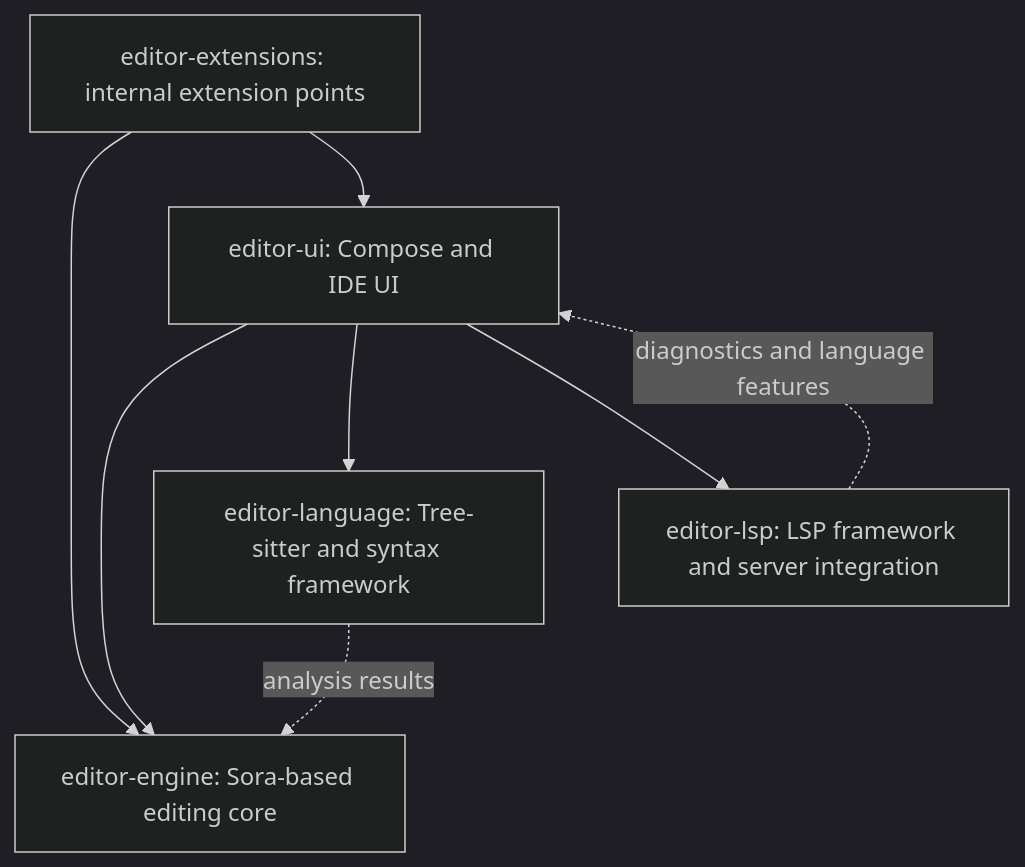
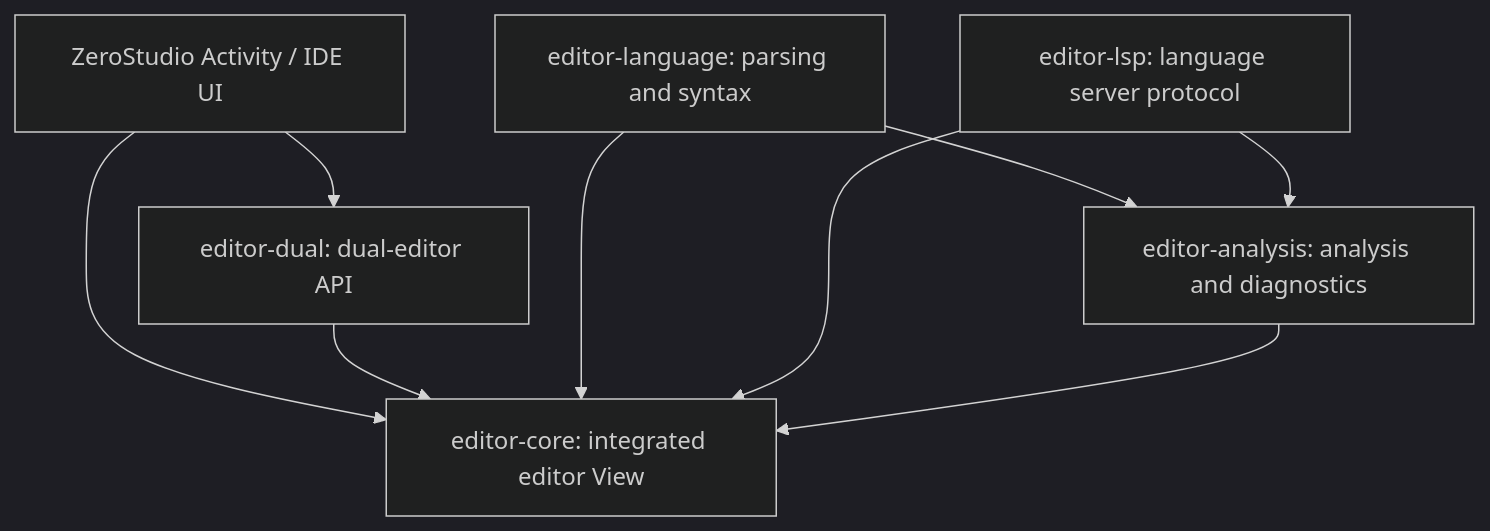
Before and after one commit to msmt2018/ZeroStudio: the diagram in editor-core/ARCHITECTURE.md, drawn with Mermaid (dark theme). The commit also changed other lines of this file, not shown here.

Commit message:
Update editor-core architecture: five focused modules

````diff
--- a/editor-core/ARCHITECTURE.md
+++ b/editor-core/ARCHITECTURE.md
@@ -11,15 +9,11 @@
 ```mermaid
 flowchart TD
-  UI[editor-ui: Compose and IDE UI]
-  ENG[editor-engine: Sora-based editing core]
-  LANG[editor-language: Tree-sitter and syntax framework]
-  LSP[editor-lsp: LSP framework and server integration]
-  EXT[editor-extensions: internal extension points]
-  UI --> ENG
-  UI --> LANG
-  UI --> LSP
-  EXT --> ENG
-  EXT --> UI
-  LANG -. analysis results .-> ENG
-  LSP -. diagnostics and language features .-> UI
+  ACT[ZeroStudio Activity / IDE UI] --> CORE[editor-core: integrated editor View]
+  ACT --> DUAL[editor-dual: dual-editor API]
+  DUAL --> CORE
+  LANG[editor-language: parsing and syntax] --> CORE
+  LSP[editor-lsp: language server protocol] --> CORE
+  ANALYSIS[editor-analysis: analysis and diagnostics] --> CORE
+  LANG --> ANALYSIS
+  LSP --> ANALYSIS
 ```
````
